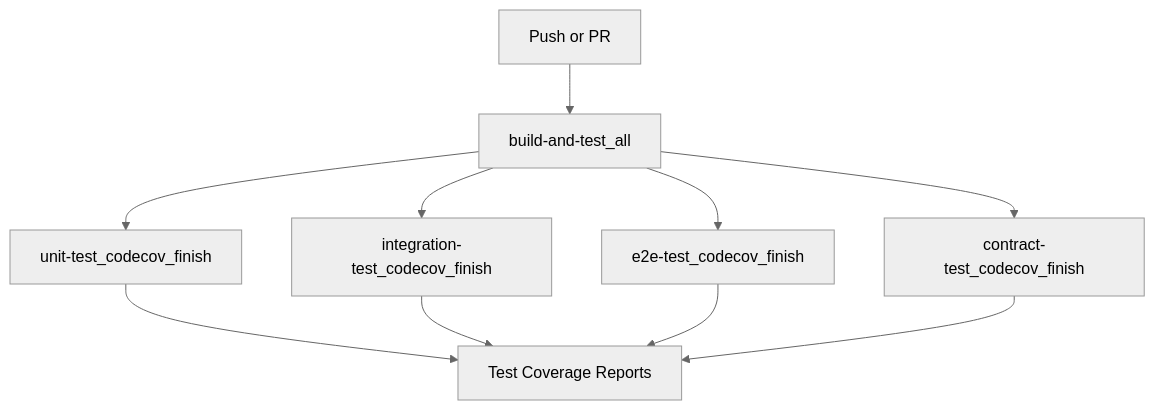
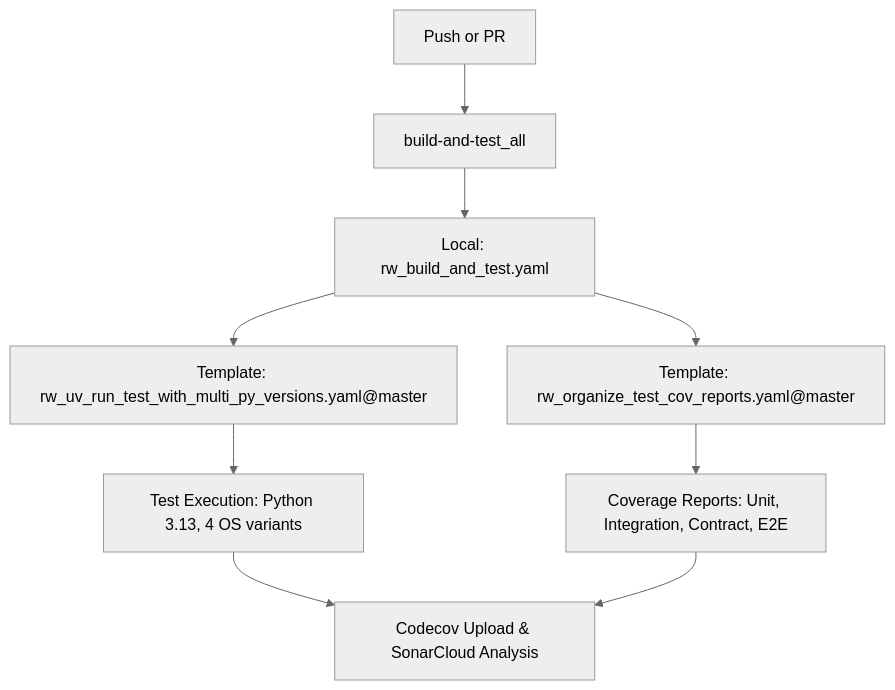
One commit to Chisanan232/slack-mcp-server changed the diagram in docs/contents/development/ci-cd/continuous-integration.mdx. Above: the diagram before and after it, drawn with Mermaid (neutral theme). The commit also changed other lines of this file and 1 other file, not shown here.

````diff
--- a/docs/contents/development/ci-cd/continuous-integration.mdx
+++ b/docs/contents/development/ci-cd/continuous-integration.mdx
@@ -31,9 +33,10 @@
 ```mermaid
 graph TD
     A[Push or PR] --> B[build-and-test_all]
-    B --> C[unit-test_codecov_finish]
-    B --> D[integration-test_codecov_finish]
-    B --> E[e2e-test_codecov_finish]
-    B --> F[contract-test_codecov_finish]
-    C & D & E & F --> G[Test Coverage Reports]
+    B --> C[Local: rw_build_and_test.yaml]
+    C --> D[Template: rw_uv_run_test_with_multi_py_versions.yaml@master]
+    C --> E[Template: rw_organize_test_cov_reports.yaml@master]
+    D --> F[Test Execution: Python 3.13, 4 OS variants]
+    E --> G[Coverage Reports: Unit, Integration, Contract, E2E]
+    F & G --> H[Codecov Upload & SonarCloud Analysis]
 ```
````
